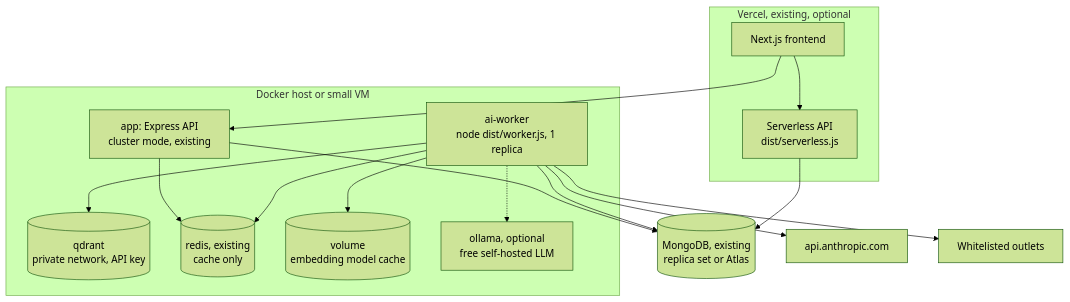
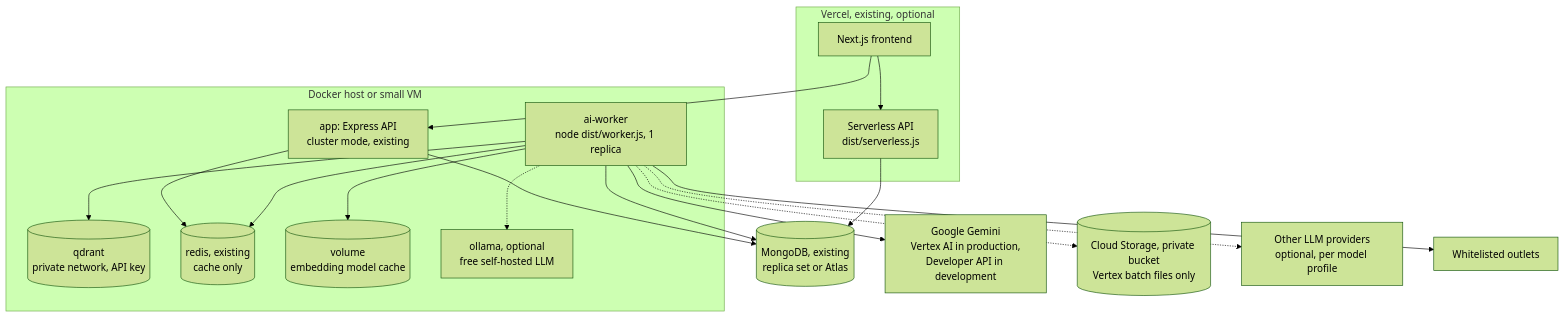
Before and after one commit to foysalahmedmin/z-news: the fourth of 20 diagrams in docs/ai-news-automation-plan.md, drawn with Mermaid (forest theme). The commit also changed other lines of this file, not shown here.

Commit message:
docs: continue Gemini model update in AI news automation plan

````diff
--- a/docs/ai-news-automation-plan.md
+++ b/docs/ai-news-automation-plan.md
@@ -270,30 +279,34 @@
 ```mermaid
 flowchart TB
     subgraph VERCEL["Vercel, existing, optional"]
         FE["Next.js frontend"]
         SAPI["Serverless API<br/>dist/serverless.js"]
     end
     subgraph HOST["Docker host or small VM"]
         APP["app: Express API<br/>cluster mode, existing"]
         WK["ai-worker<br/>node dist/worker.js, 1 replica"]
         QD[("qdrant<br/>private network, API key")]
         RD[("redis, existing<br/>cache only")]
         VOL[("volume<br/>embedding model cache")]
         OLL["ollama, optional<br/>free self-hosted LLM"]
     end
     MDB[("MongoDB, existing<br/>replica set or Atlas")]
-    ANT["api.anthropic.com"]
+    GEM["Google Gemini<br/>Vertex AI in production,<br/>Developer API in development"]
+    GCSB[("Cloud Storage, private bucket<br/>Vertex batch files only")]
+    OTH["Other LLM providers<br/>optional, per model profile"]
     WEB["Whitelisted outlets"]
     FE --> SAPI
     FE --> APP
     SAPI --> MDB
     APP --> MDB
     APP --> RD
     WK --> MDB
     WK --> RD
     WK --> QD
     WK --> VOL
     WK -.-> OLL
-    WK --> ANT
+    WK --> GEM
+    WK -.-> GCSB
+    WK -.-> OTH
     WK --> WEB
 ```
````
